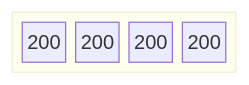
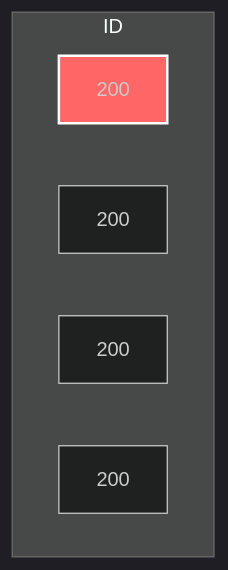
Diagram 12 of 12 in Data Science Notes/100 days of ML/Machine Learning Notes.md (VanshDeshwal/notes), drawn with Mermaid before and after one commit.

Commit message:
vault backup: 2025-08-17 01:11:11

````diff
--- a/Data Science Notes/100 days of ML/Machine Learning Notes.md
+++ b/Data Science Notes/100 days of ML/Machine Learning Notes.md
@@ -1895,17 +1895,13 @@
 ```mermaid
-block-beta
+%%{init: {"theme":"dark"}}%%
+flowchart TB
+  subgraph ID
+    A["200"]:::highlight
+    B["200"]
+    C["200"]
+    D["200"]
+  end
 
-columns 1
+  classDef highlight fill:#ff6666,stroke:#ffffff,stroke-width:2px;
 
-  block:ID
-
-    A["200"]
-
-    B["200"]
-
-    C["200"]
-
-    D["200"]
-
-  end
 ```
````
